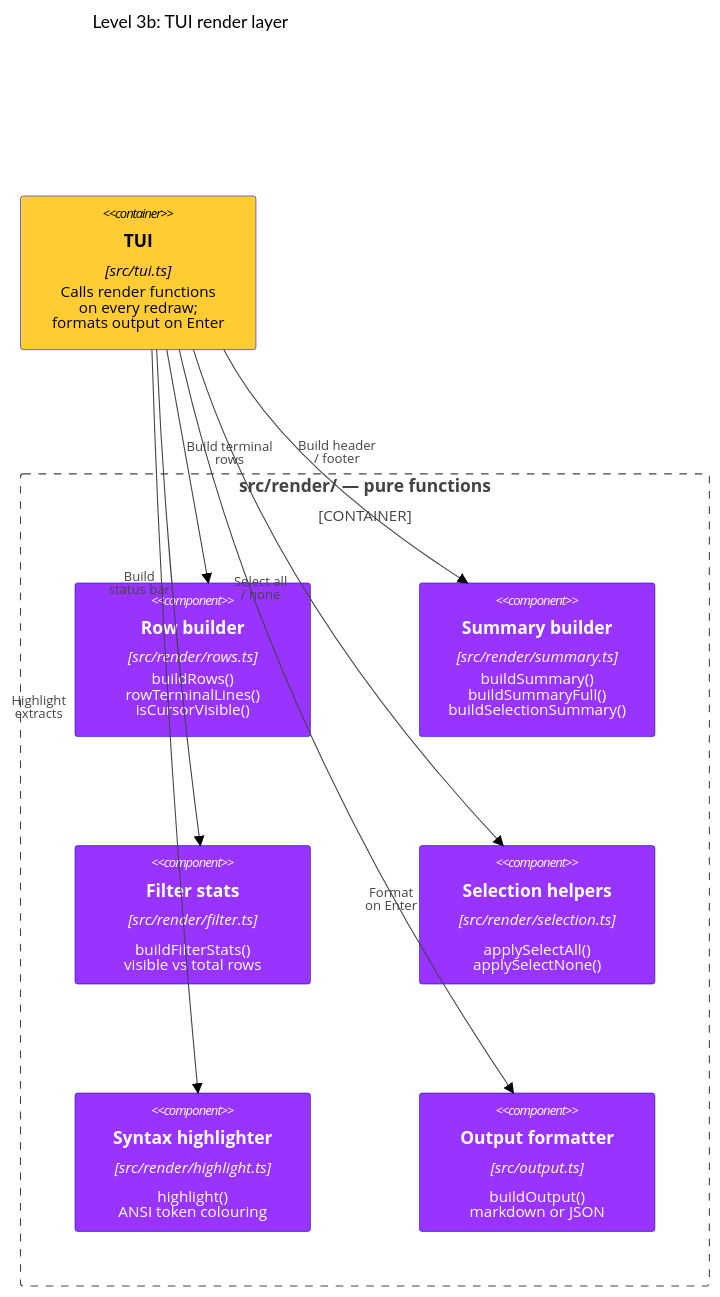
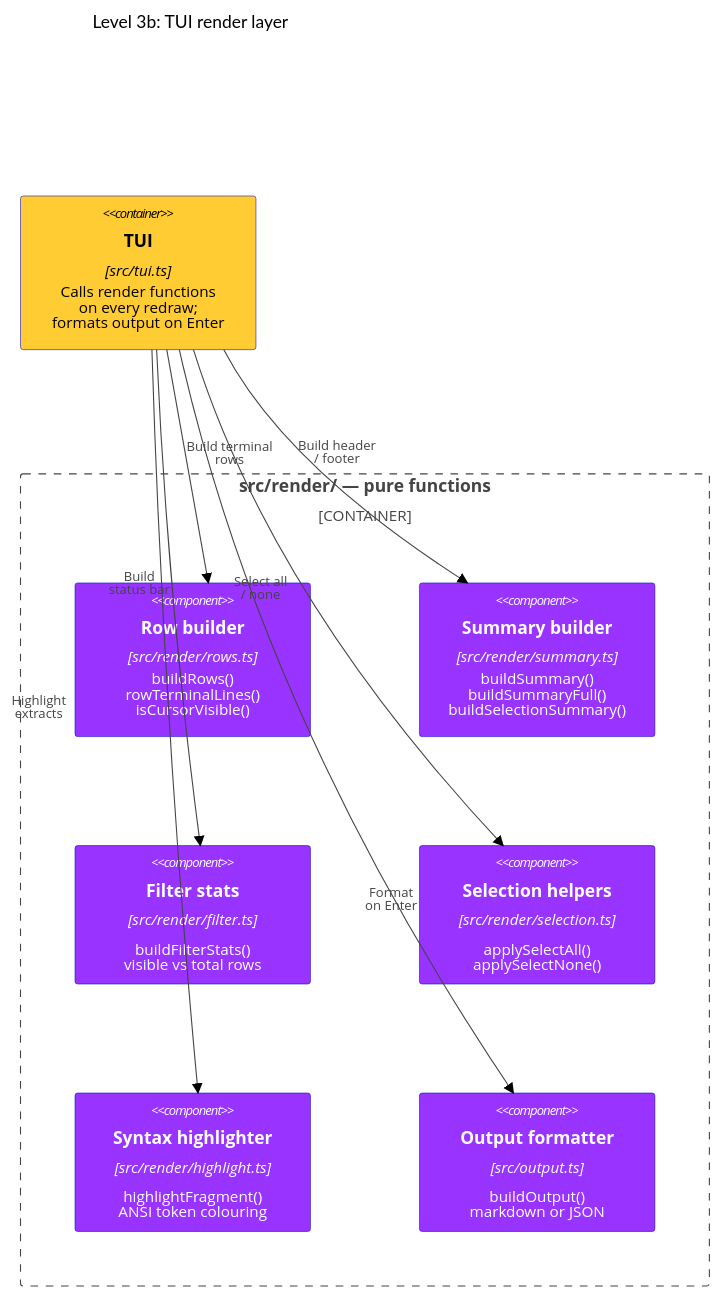
Before and after one commit to fulll/github-code-search: the second of 2 diagrams in docs/architecture/components.md, drawn with Mermaid. The commit also changed other lines of this file and 4 other files, not shown here.

First line of the commit message:
docs: address Copilot review on C4 diagrams (#29)

````diff
--- a/docs/architecture/components.md
+++ b/docs/architecture/components.md
@@ -47,44 +47,44 @@
 ```mermaid
 %%{init: {"theme": "base", "themeVariables": {"fontFamily": "Poppins, Aestetico, Arial, sans-serif", "primaryColor": "#66CCFF", "primaryTextColor": "#000000", "lineColor": "#0000CC", "tertiaryColor": "#FFCC33"}, "themeCSS": ".label,.nodeLabel,.cluster-label > span{font-family:Poppins,Arial,sans-serif;letter-spacing:.2px} .cluster-label > span{font-weight:600;font-size:13px} .edgePath .path{stroke-width:2px}"}}%%
 C4Component
   title Level 3b: TUI render layer
 
   UpdateLayoutConfig($c4ShapeInRow="5", $c4BoundaryInRow="1")
 
   Container(tui, "TUI", "src/tui.ts", "Calls render functions<br/>on every redraw;<br/>formats output on Enter")
 
   Container_Boundary(render, "src/render/ — pure functions") {
     Component(rows, "Row builder", "src/render/rows.ts", "buildRows()<br/>rowTerminalLines()<br/>isCursorVisible()")
     Component(summary, "Summary builder", "src/render/summary.ts", "buildSummary()<br/>buildSummaryFull()<br/>buildSelectionSummary()")
     Component(filter, "Filter stats", "src/render/filter.ts", "buildFilterStats()<br/>visible vs total rows")
     Component(selection, "Selection helpers", "src/render/selection.ts", "applySelectAll()<br/>applySelectNone()")
-    Component(highlight, "Syntax highlighter", "src/render/highlight.ts", "highlight()<br/>ANSI token colouring")
+    Component(highlight, "Syntax highlighter", "src/render/highlight.ts", "highlightFragment()<br/>ANSI token colouring")
     Component(outputFn, "Output formatter", "src/output.ts", "buildOutput()<br/>markdown or JSON")
   }
 
   Rel(tui, rows, "Build terminal<br/>rows")
   UpdateRelStyle(tui, rows, $offsetX="-1", $offsetY="-15")
 
   Rel(tui, summary, "Build header <br>/ footer")
   UpdateRelStyle(tui, summary, $offsetX="-44", $offsetY="-16")
 
   Rel(tui, filter, "Build<br/>status bar")
   UpdateRelStyle(tui, filter, $offsetX="-64", $offsetY="-16")
 
   Rel(tui, selection, "Select all<br/>/ none")
   UpdateRelStyle(tui, selection, $offsetX="-105", $offsetY="-12")
 
   Rel(tui, highlight, "Highlight<br/>extracts")
   UpdateRelStyle(tui, highlight, $offsetX="-150", $offsetY="-16")
 
   Rel(tui, outputFn, "Format<br/>on Enter")
   UpdateRelStyle(tui, outputFn, $offsetX="17", $offsetY="160")
 
   UpdateElementStyle(tui, $bgColor="#FFCC33", $borderColor="#0000CC", $fontColor="#000000")
   UpdateElementStyle(rows, $bgColor="#9933FF", $borderColor="#0000CC", $fontColor="#ffffff")
   UpdateElementStyle(summary, $bgColor="#9933FF", $borderColor="#0000CC", $fontColor="#ffffff")
   UpdateElementStyle(filter, $bgColor="#9933FF", $borderColor="#0000CC", $fontColor="#ffffff")
   UpdateElementStyle(selection, $bgColor="#9933FF", $borderColor="#0000CC", $fontColor="#ffffff")
   UpdateElementStyle(highlight, $bgColor="#9933FF", $borderColor="#0000CC", $fontColor="#ffffff")
   UpdateElementStyle(outputFn, $bgColor="#9933FF", $borderColor="#0000CC", $fontColor="#ffffff")
 ```
````
